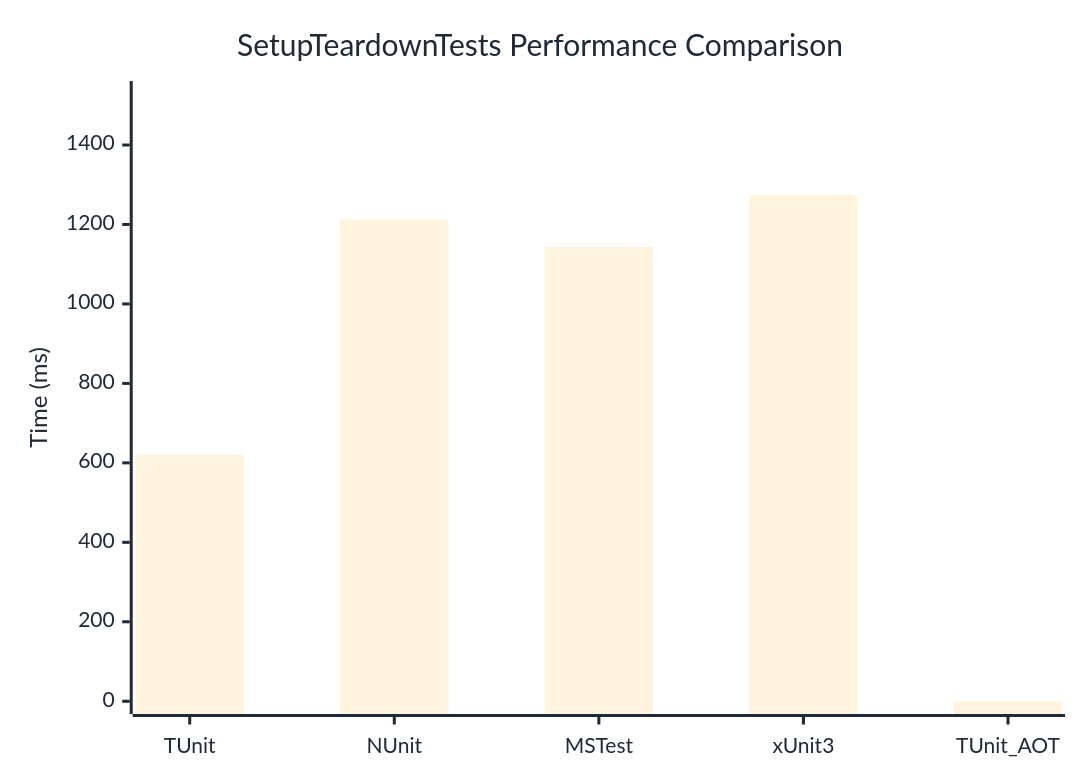
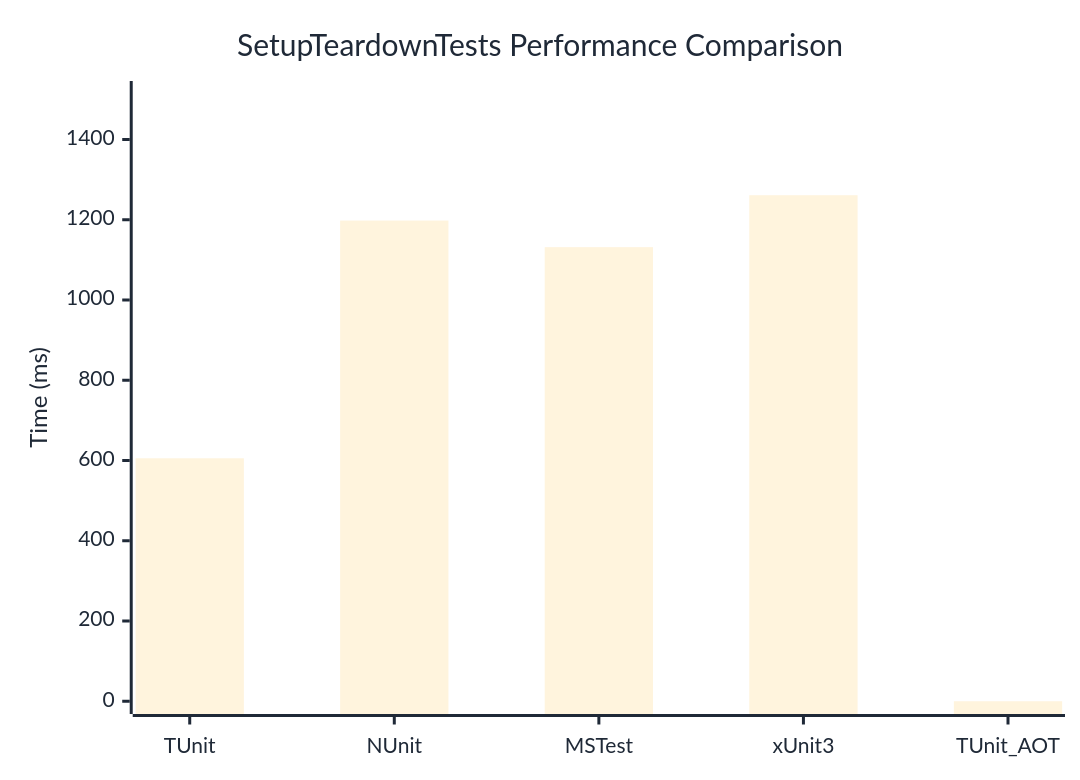
One commit to thomhurst/TUnit changed the diagram in docs/docs/benchmarks/SetupTeardownTests.md. Above: the diagram before and after it, drawn with Mermaid. The commit also changed other lines of this file and 17 other files, not shown here.

````diff
--- a/docs/docs/benchmarks/SetupTeardownTests.md
+++ b/docs/docs/benchmarks/SetupTeardownTests.md
@@ -27,37 +27,37 @@
 ```mermaid
 %%{init: {
   'theme':'base',
   'themeVariables': {
     'primaryColor': '#2563eb',
     'primaryTextColor': '#1f2937',
     'primaryBorderColor': '#1e40af',
     'lineColor': '#6b7280',
     'secondaryColor': '#7c3aed',
     'tertiaryColor': '#dc2626',
     'background': '#ffffff',
     'mainBkg': '#2563eb',
     'secondBkg': '#7c3aed',
     'tertiaryBkg': '#dc2626',
     'clusterBkg': '#f3f4f6',
     'edgeLabelBackground': '#ffffff',
     'tertiaryTextColor': '#1f2937',
     'pie1': '#2563eb',
     'pie2': '#7c3aed',
     'pie3': '#dc2626',
     'pie4': '#f59e0b',
     'pie5': '#10b981',
     'pie6': '#06b6d4',
     'pie7': '#ec4899',
     'pie8': '#6366f1',
     'pie9': '#84cc16',
     'pie10': '#f97316',
     'pie11': '#14b8a6',
     'pie12': '#a855f7'
   }
 }}%%
 xychart-beta
   title "SetupTeardownTests Performance Comparison"
   x-axis ["TUnit", "NUnit", "MSTest", "xUnit3", "TUnit_AOT"]
-  y-axis "Time (ms)" 0 --> 1529
-  bar [620.5, 1212.5, 1143.5, 1274, 0]
+  y-axis "Time (ms)" 0 --> 1514
+  bar [605.5, 1198, 1131.7, 1261.1, 0]
 ```
````
